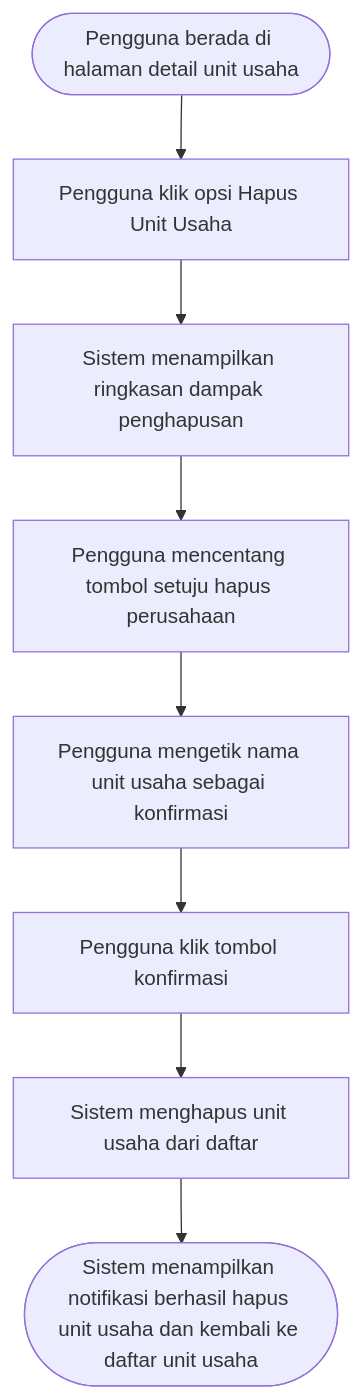
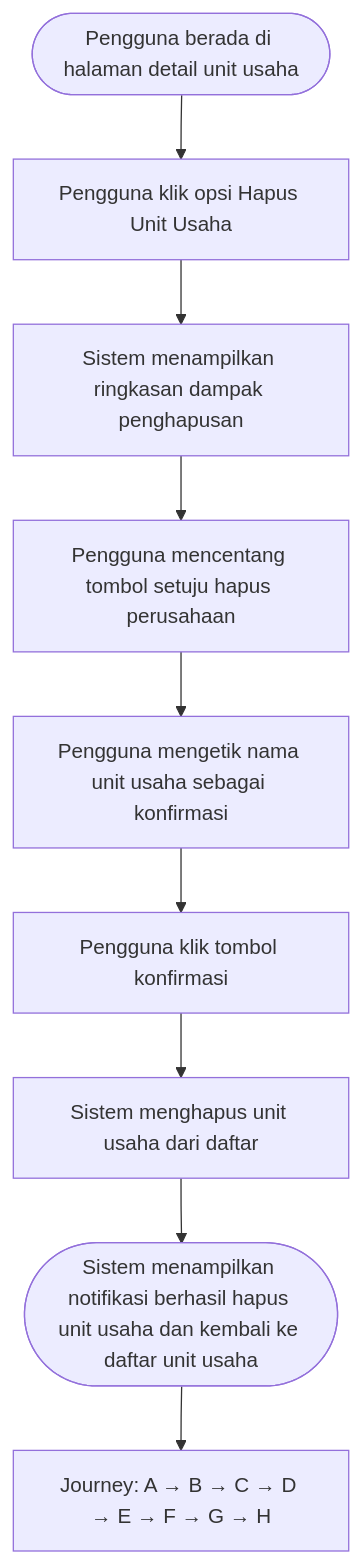
Before and after one commit to agestyarizki/groapp-markdown: diagram 35 of 39 in PRD-D.md, drawn with Mermaid. The commit also changed other lines of this file, not shown here.

````diff
--- a/PRD-D.md
+++ b/PRD-D.md
@@ -4274,12 +4628,15 @@
 ```mermaid
 flowchart TD
     A([Pengguna berada di halaman detail unit usaha])
         --> B[Pengguna klik opsi Hapus Unit Usaha]
     B --> C[Sistem menampilkan ringkasan dampak penghapusan]
     C --> D[Pengguna mencentang tombol setuju hapus perusahaan]
     D --> E[Pengguna mengetik nama unit usaha sebagai konfirmasi]
     E --> F[Pengguna klik tombol konfirmasi]
     F --> G[Sistem menghapus unit usaha dari daftar]
     G --> H([Sistem menampilkan notifikasi berhasil hapus unit usaha dan kembali ke daftar unit usaha])
+    %% Journey Flow
+    I["Journey: A → B → C → D → E → F → G → H"]
+    H --> I
 
 ```
````
